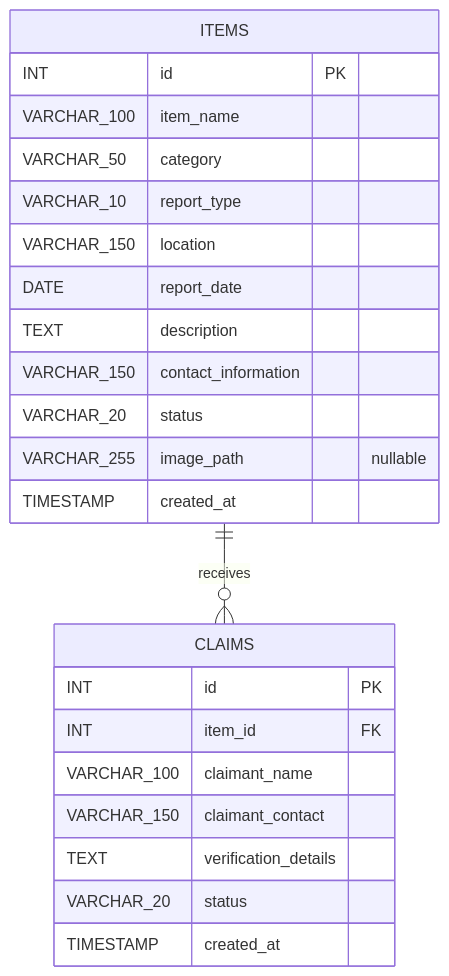
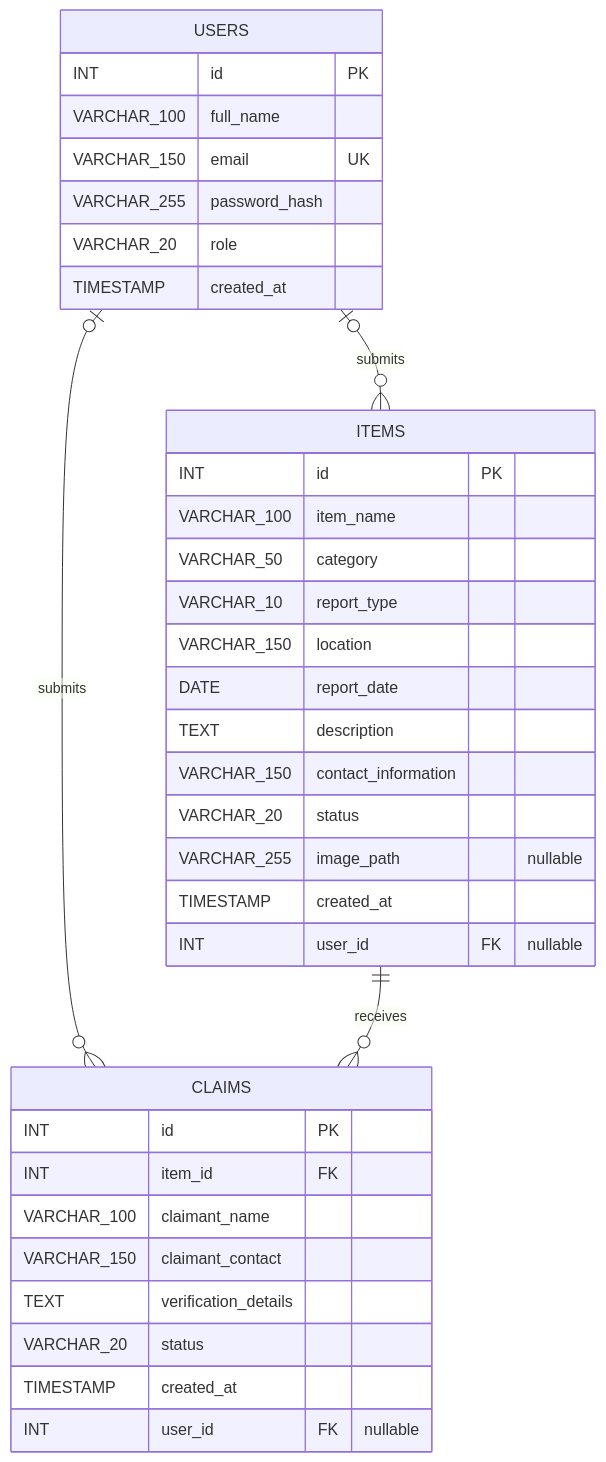
The diagram in docs/design/database-design.md (ZhihaoTang615/campus-lost-and-found-platform), drawn with Mermaid before and after one commit. The commit also changed other lines of this file and 40 other files, not shown here.

````diff
--- a/docs/design/database-design.md
+++ b/docs/design/database-design.md
@@ -16,28 +23,41 @@
 ```mermaid
 erDiagram
+    USERS o|--o{ ITEMS : submits
+    USERS o|--o{ CLAIMS : submits
     ITEMS ||--o{ CLAIMS : receives
+
+    USERS {
+        INT id PK
+        VARCHAR_100 full_name
+        VARCHAR_150 email UK
+        VARCHAR_255 password_hash
+        VARCHAR_20 role
+        TIMESTAMP created_at
+    }
 
     ITEMS {
         INT id PK
         VARCHAR_100 item_name
         VARCHAR_50 category
         VARCHAR_10 report_type
         VARCHAR_150 location
         DATE report_date
         TEXT description
         VARCHAR_150 contact_information
         VARCHAR_20 status
         VARCHAR_255 image_path "nullable"
         TIMESTAMP created_at
+        INT user_id FK "nullable"
     }
 
     CLAIMS {
         INT id PK
         INT item_id FK
         VARCHAR_100 claimant_name
         VARCHAR_150 claimant_contact
         TEXT verification_details
         VARCHAR_20 status
         TIMESTAMP created_at
+        INT user_id FK "nullable"
     }
 ```
````
